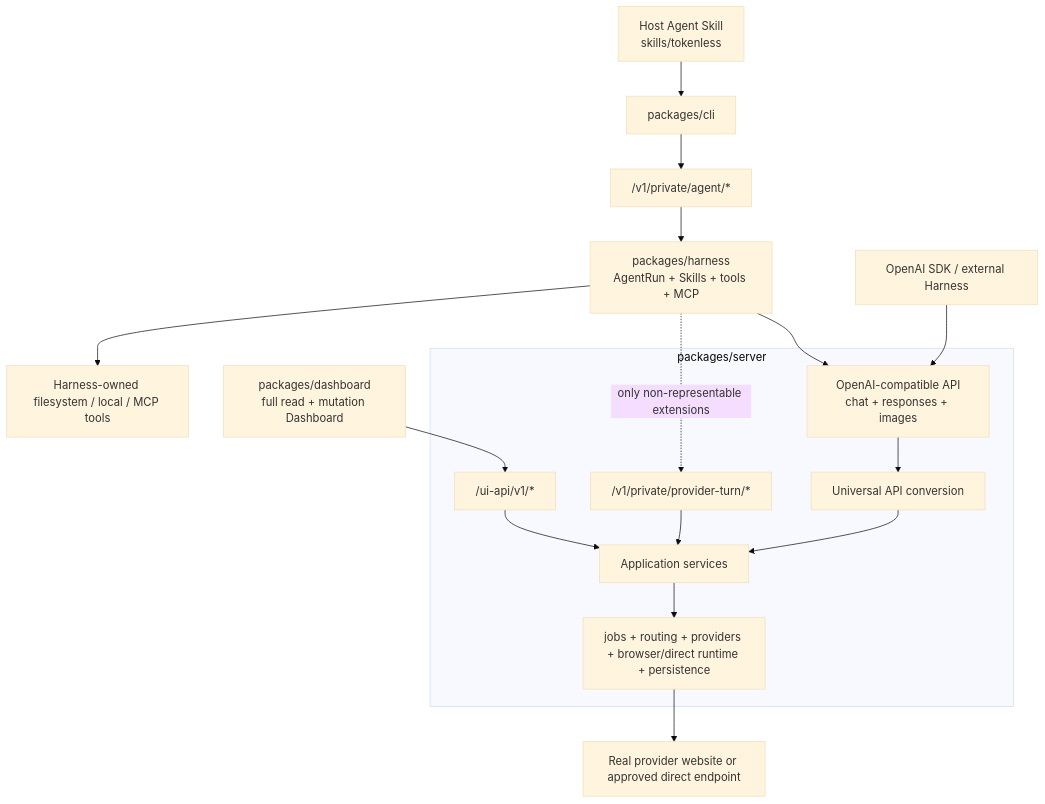
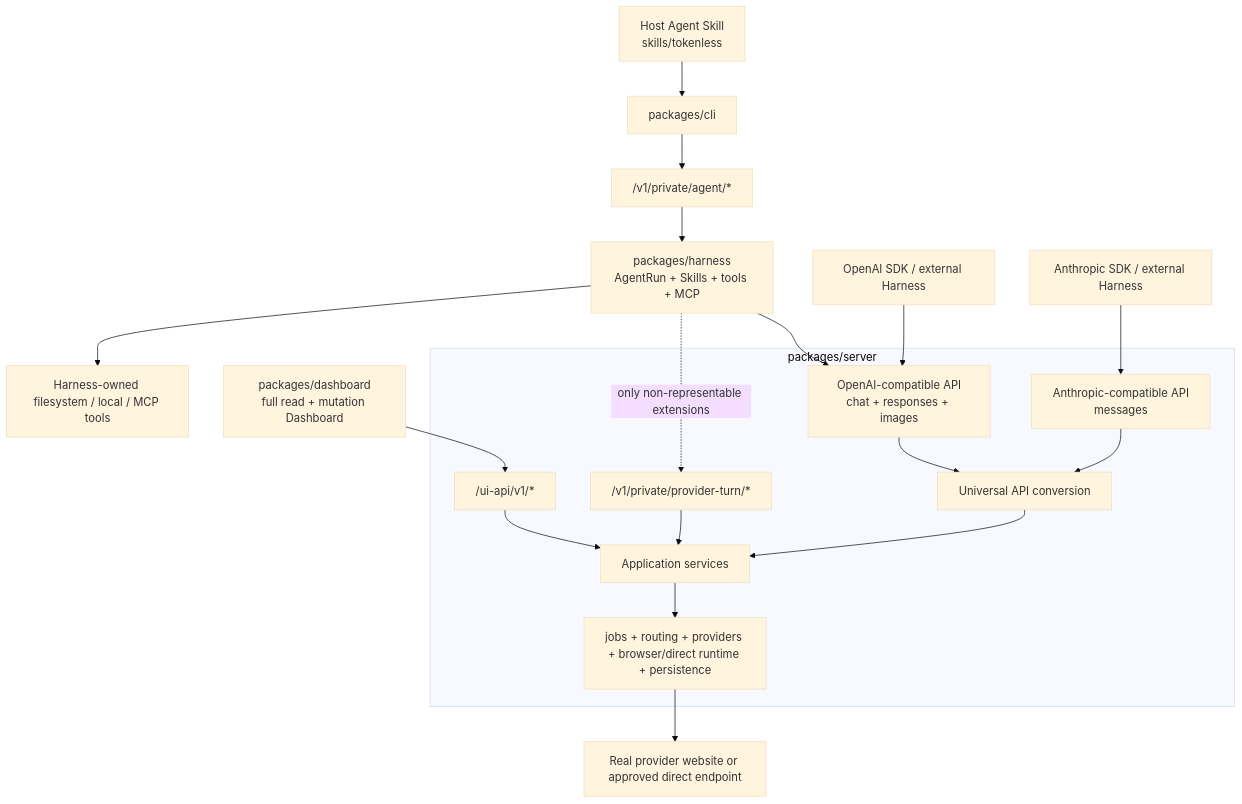
Before and after one commit to jazelly/tokenless: the diagram in docs/roadmaps/P1-openai-compatible-api-convergence.md, drawn with Mermaid (base theme). The commit also changed other lines of this file and 75 other files, not shown here.

````diff
--- a/docs/roadmaps/P1-openai-compatible-api-convergence.md
+++ b/docs/roadmaps/P1-openai-compatible-api-convergence.md
@@ -45,22 +49,24 @@
 ```mermaid
 flowchart TB
   Skill["Host Agent Skill<br/>skills/tokenless"] --> CLI["packages/cli"]
   CLI --> AgentAPI["/v1/private/agent/*"]
   AgentAPI --> Harness["packages/harness<br/>AgentRun + Skills + tools + MCP"]
 
   External["OpenAI SDK / external Harness"] --> OpenAI["OpenAI-compatible API<br/>chat + responses + images"]
+  AnthropicExternal["Anthropic SDK / external Harness"] --> Anthropic["Anthropic-compatible API<br/>messages"]
   Harness --> OpenAI
   Harness -. "only non-representable extensions" .-> PrivateTurn["/v1/private/provider-turn/*"]
   Dashboard["packages/dashboard<br/>full read + mutation Dashboard"] --> UIAPI["/ui-api/v1/*"]
 
   subgraph Server["packages/server"]
     OpenAI --> Universal["Universal API conversion"]
+    Anthropic --> Universal
     PrivateTurn --> Application["Application services"]
     UIAPI --> Application
     Universal --> Application
     Application --> Runtime["jobs + routing + providers + browser/direct runtime + persistence"]
   end
 
   Runtime --> Provider["Real provider website or approved direct endpoint"]
   Harness --> Tools["Harness-owned filesystem / local / MCP tools"]
 ```
````
